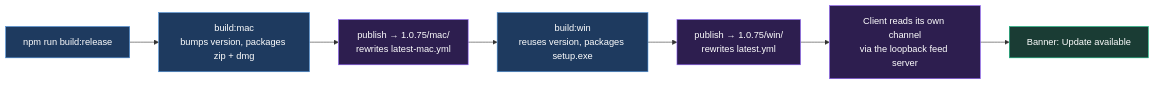
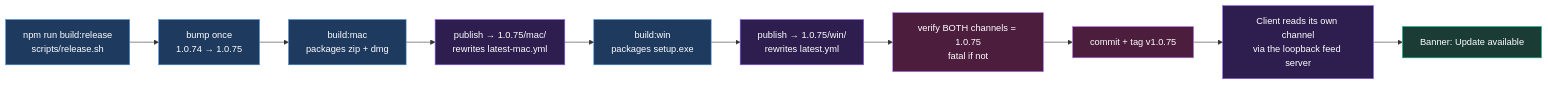
One commit to unosquare-eduardotorres/CodeAtelier changed the fourth of 4 diagrams in docs/auto-update-flow.md. Above: the diagram before and after it, drawn with Mermaid. The commit also changed other lines of this file and 5 other files, not shown here.

First line of the commit message:
build(release): one version bump per release, not per platform

````diff
--- a/docs/auto-update-flow.md
+++ b/docs/auto-update-flow.md
@@ -262,17 +262,22 @@
 ```mermaid
 flowchart LR
-    A["npm run build:release"] --> B["build:mac<br/>bumps version, packages zip + dmg"]
+    A["npm run build:release<br/>scripts/release.sh"] --> Z["bump once<br/>1.0.74 → 1.0.75"]
+    Z --> B["build:mac<br/>packages zip + dmg"]
     B --> C["publish → 1.0.75/mac/<br/>rewrites latest-mac.yml"]
-    C --> D["build:win<br/>reuses version, packages setup.exe"]
+    C --> D["build:win<br/>packages setup.exe"]
     D --> E["publish → 1.0.75/win/<br/>rewrites latest.yml"]
-    E --> F["Client reads its own channel<br/>via the loopback feed server"]
+    E --> V["verify BOTH channels = 1.0.75<br/>fatal if not"]
+    V --> T["commit + tag v1.0.75"]
+    T --> F["Client reads its own channel<br/>via the loopback feed server"]
     F --> G["Banner: Update available"]
 
     classDef step fill:#1e3a5f,stroke:#4a90d9,color:#ffffff
     classDef feed fill:#2d1e4f,stroke:#8b5cf6,color:#ffffff
     classDef user fill:#1a3c34,stroke:#10b981,color:#ffffff
+    classDef gate fill:#4c1d3d,stroke:#c084fc,color:#ffffff
 
-    class A,B,D step
+    class A,B,D,Z step
     class C,E,F feed
+    class V,T gate
     class G user
 ```
````
